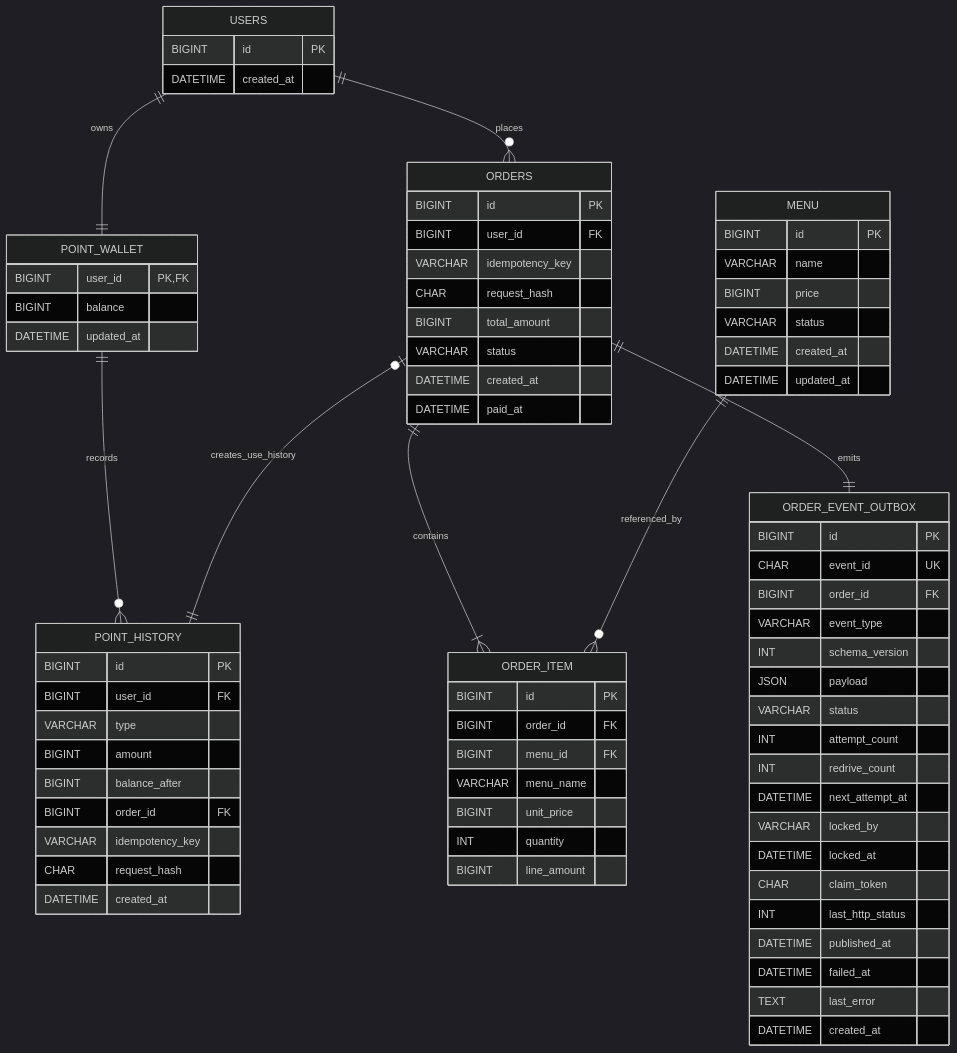
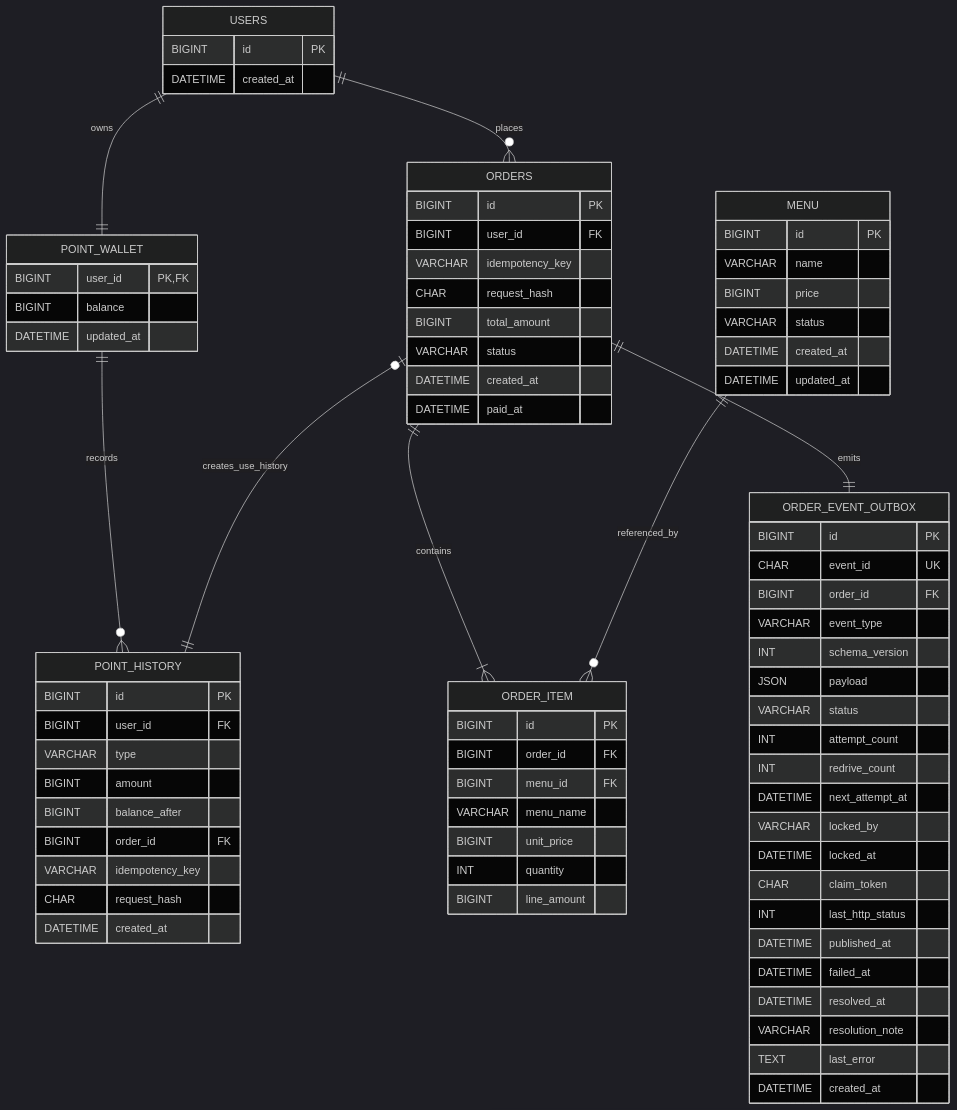
The second of 3 diagrams in README.md (usersy628/coffee-order-system), drawn with Mermaid (dark theme) before and after one commit. The commit also changed other lines of this file, not shown here.

```diff
--- a/README.md
+++ b/README.md
@@ -426,6 +465,8 @@
         INT last_http_status
         DATETIME published_at
         DATETIME failed_at
+        DATETIME resolved_at
+        VARCHAR resolution_note
         TEXT last_error
         DATETIME created_at
     }
```
